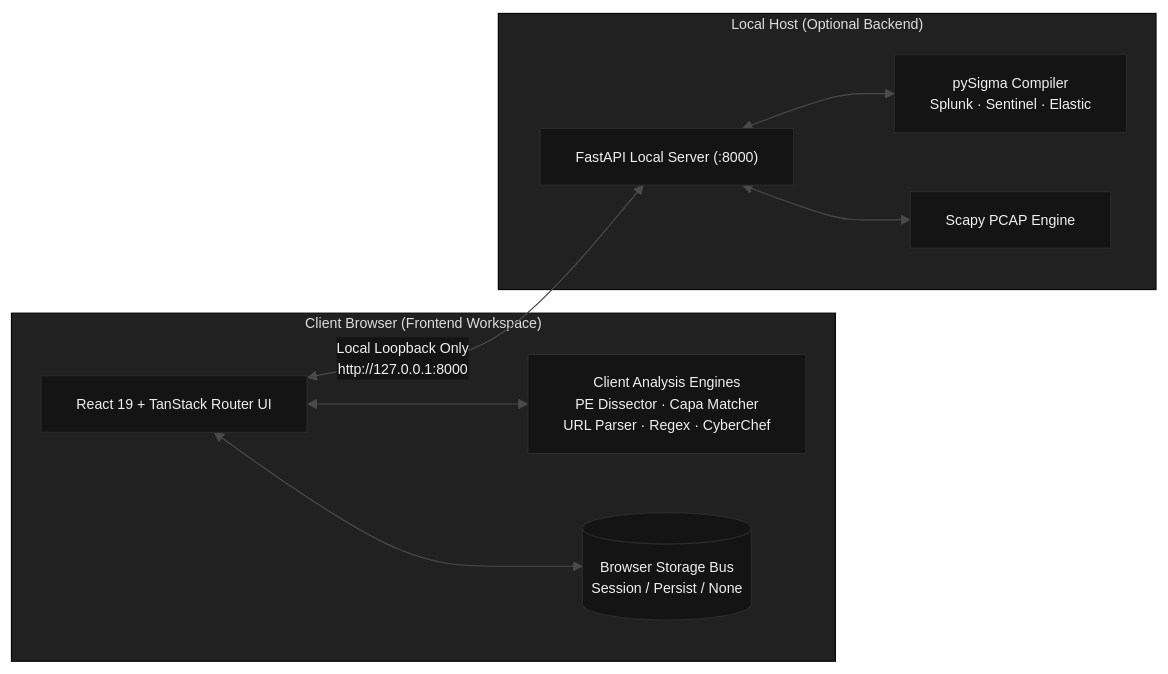
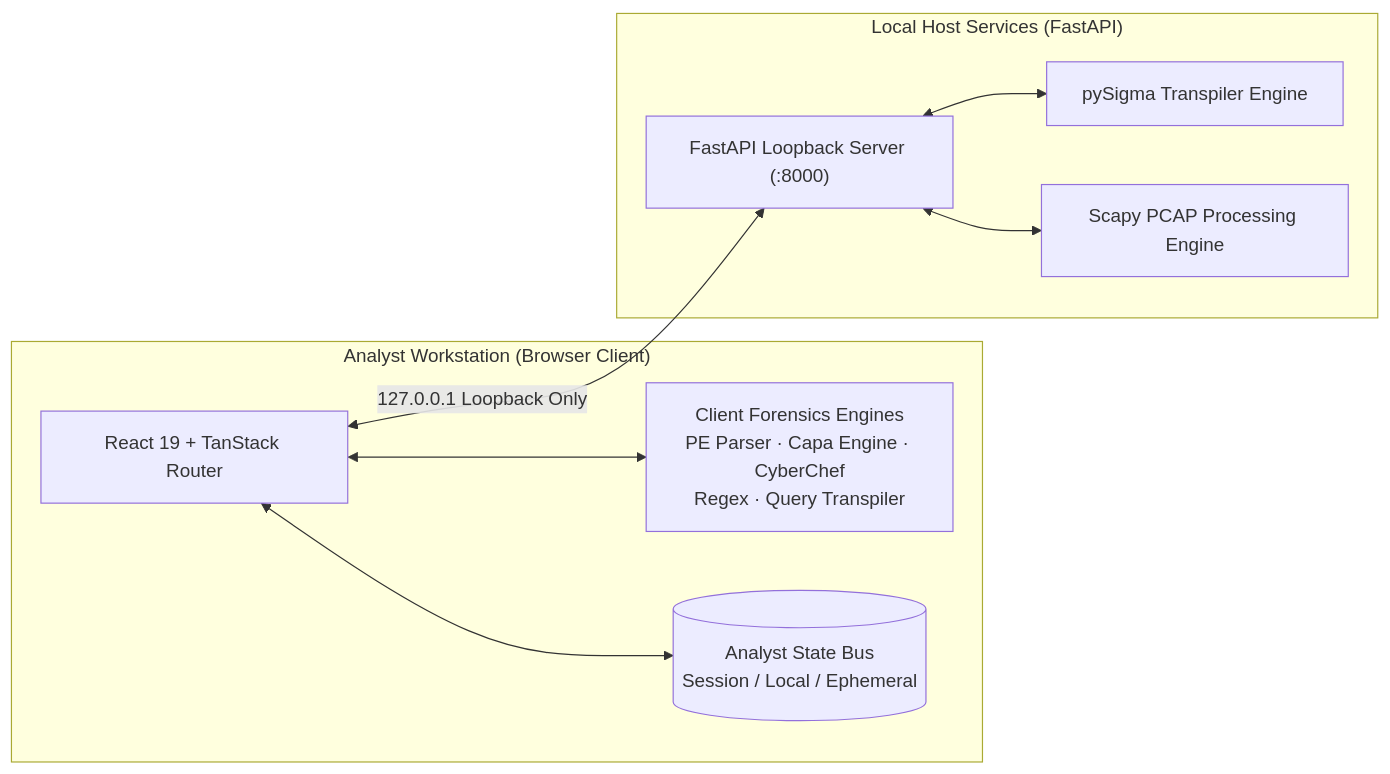
The second of 2 diagrams in README.md (kripy17/BeyondArch), drawn with Mermaid before and after one commit. The commit also changed other lines of this file and 23 other files, not shown here.

````diff
--- a/README.md
+++ b/README.md
@@ -187,28 +206,20 @@
 ```mermaid
-%%{init: {'theme':'base', 'themeVariables': {
-  'primaryColor':'#141414',
-  'primaryBorderColor':'#2a2a2a',
-  'primaryTextColor':'#f0f0f0',
-  'lineColor':'#4a4a4a',
-  'fontFamily':'JetBrains Mono, monospace',
-  'fontSize':'12px'
-}}}%%
 flowchart LR
-    subgraph Browser["Client Browser (Frontend Workspace)"]
-        UI["React 19 + TanStack Router UI"]
-        ENGINES["Client Analysis Engines<br/>PE Dissector · Capa Matcher<br/>URL Parser · Regex · CyberChef"]
-        STORE[("Browser Storage Bus<br/>Session / Persist / None")]
+    subgraph Browser["Analyst Workstation (Browser Client)"]
+        UI["React 19 + TanStack Router"]
+        ENGINES["Client Forensics Engines<br/>PE Parser · Capa Engine · CyberChef<br/>Regex · Query Transpiler"]
+        STORAGE[("Analyst State Bus<br/>Session / Local / Ephemeral")]
     end
 
-    subgraph Host["Local Host (Optional Backend)"]
-        API["FastAPI Local Server (:8000)"]
-        PYSIGMA["pySigma Compiler<br/>Splunk · Sentinel · Elastic"]
-        SCAPY["Scapy PCAP Engine"]
+    subgraph Host["Local Host Services (FastAPI)"]
+        API["FastAPI Loopback Server (:8000)"]
+        PYSIGMA["pySigma Transpiler Engine"]
+        SCAPY["Scapy PCAP Processing Engine"]
     end
 
     UI <--> ENGINES
-    UI <--> STORE
-    UI <-->|"Local Loopback Only<br/>http://127.0.0.1:8000"| API
+    UI <--> STORAGE
+    UI <-->|"127.0.0.1 Loopback Only"| API
     API <--> PYSIGMA
     API <--> SCAPY
 ```
````
